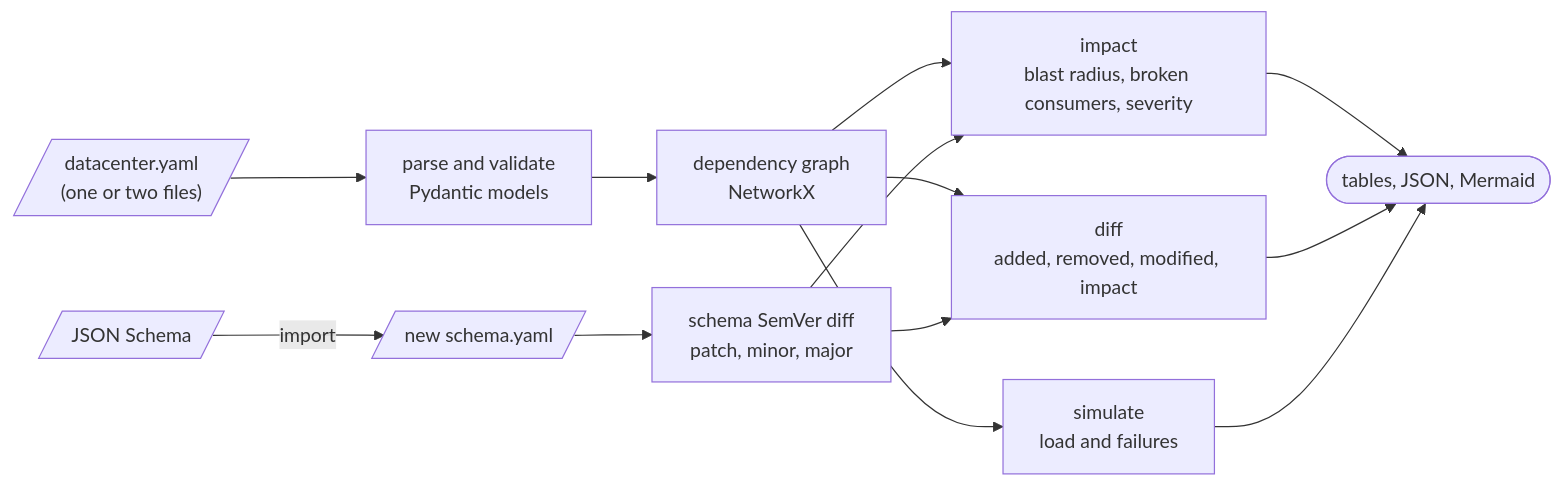
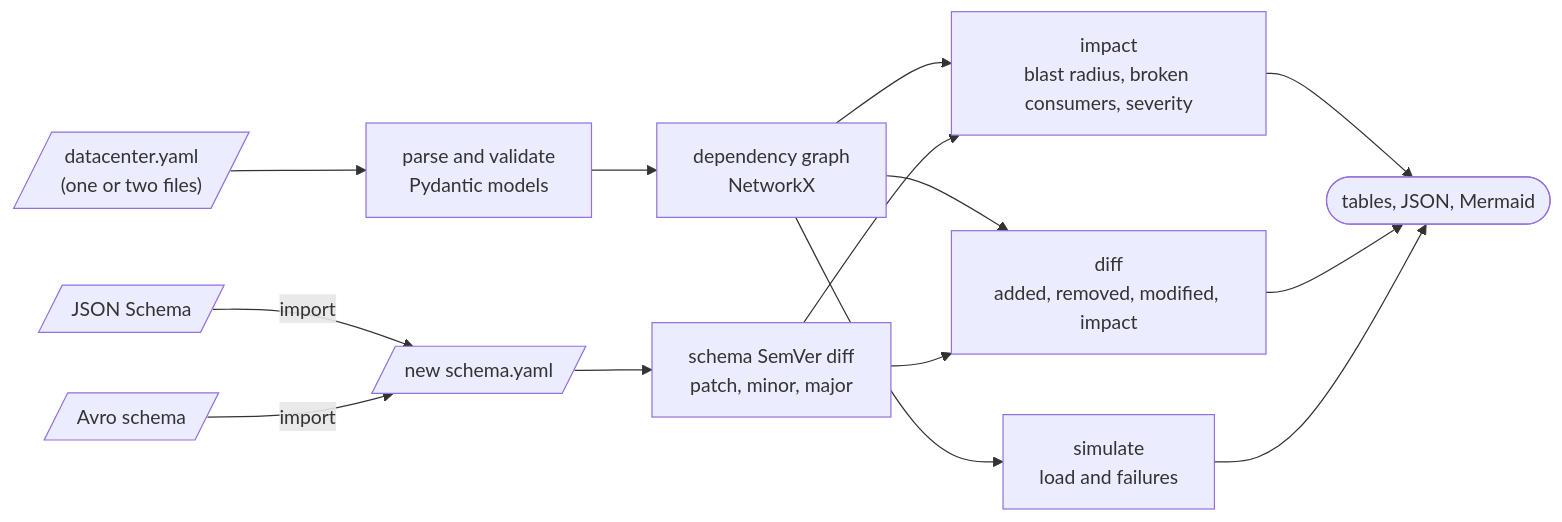
One commit to IzanVil/RippleRack changed the second of 2 diagrams in README.md. Above: the diagram before and after it, drawn with Mermaid. The commit also changed other lines of this file and 6 other files, not shown here.

````diff
--- a/README.md
+++ b/README.md
@@ -371,15 +384,16 @@
 ```mermaid
 flowchart LR
   yaml[/"datacenter.yaml<br/>(one or two files)"/] --> parse["parse and validate<br/>Pydantic models"]
   parse --> dag["dependency graph<br/>NetworkX"]
   jsonschema[/"JSON Schema"/] -->|"import"| schema
+  avro[/"Avro schema"/] -->|"import"| schema
   schema[/"new schema.yaml"/] --> semver["schema SemVer diff<br/>patch, minor, major"]
   dag --> impact["impact<br/>blast radius, broken consumers, severity"]
   semver --> impact
   dag --> diff["diff<br/>added, removed, modified, impact"]
   semver --> diff
   dag --> simulate["simulate<br/>load and failures"]
   impact --> out(["tables, JSON, Mermaid"])
   diff --> out
   simulate --> out
 ```
````
